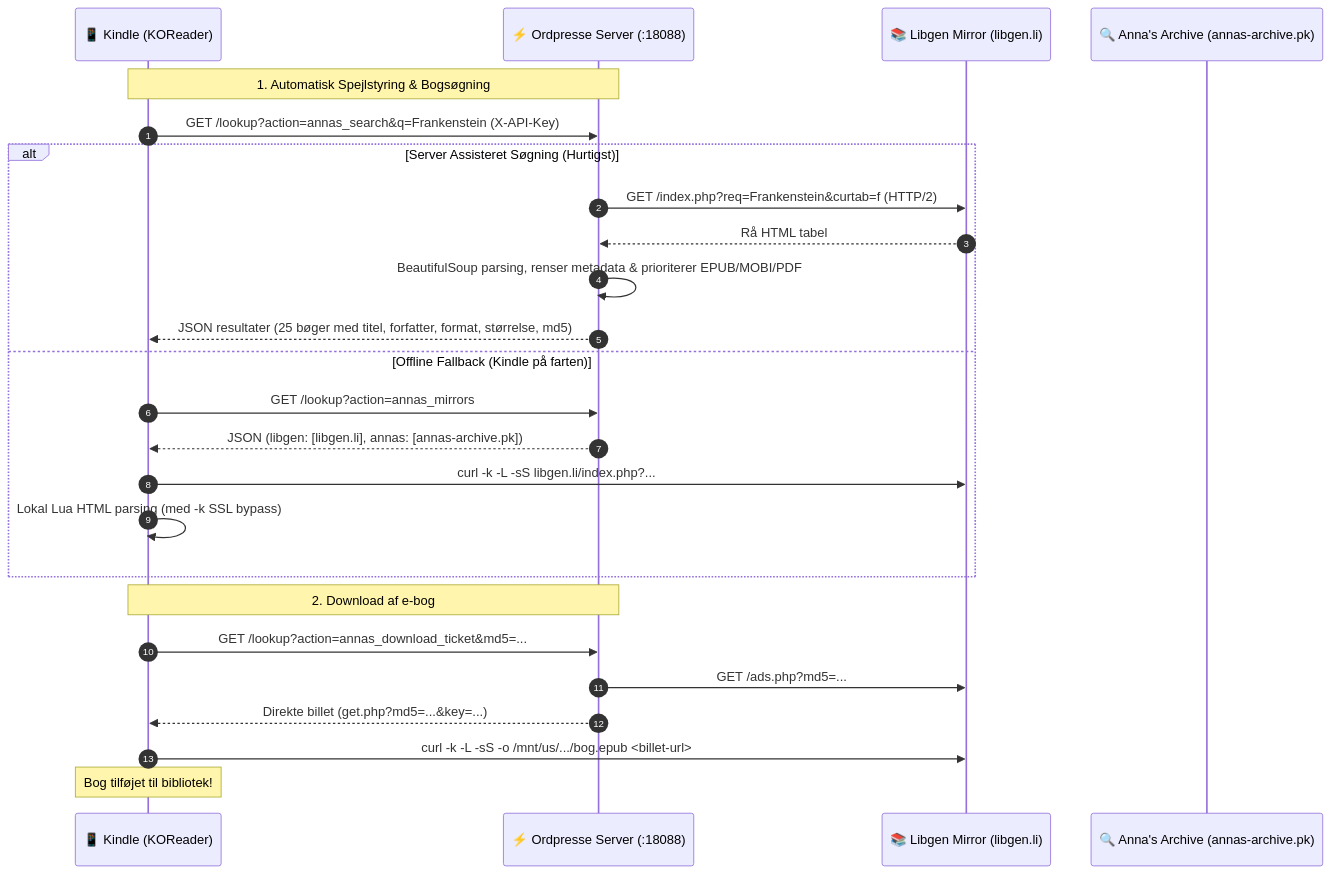
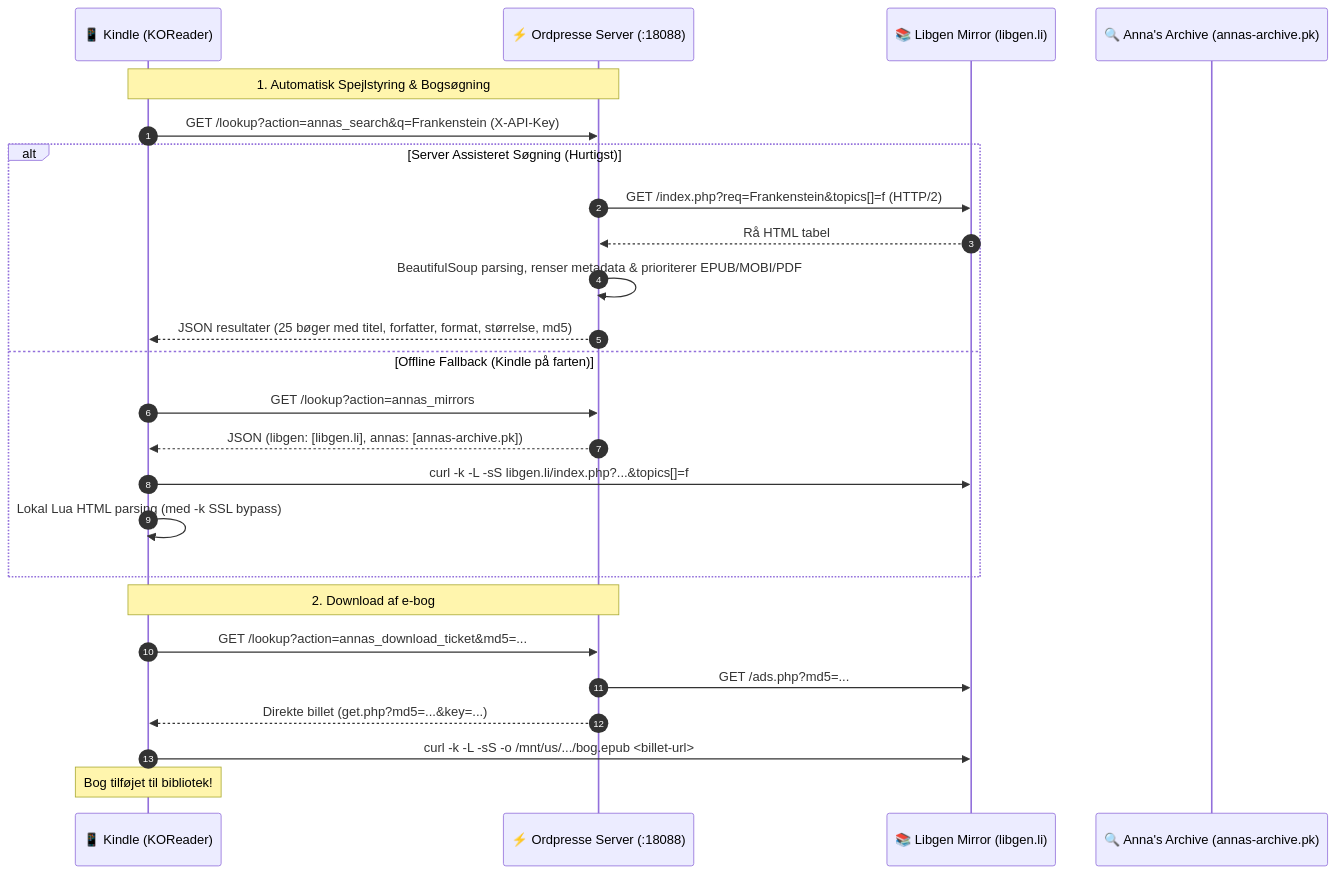
The second of 2 diagrams in README.md (massovercharge/ordpresse), drawn with Mermaid before and after one commit. The commit also changed other lines of this file and 5 other files, not shown here.

Commit message:
fix(annas): filter Libgen searches to fiction & books (topics=f/l) and bump to v1.2.2

````diff
--- a/README.md
+++ b/README.md
@@ -413,29 +414,29 @@
 ```mermaid
 sequenceDiagram
     autonumber
     participant K as 📱 Kindle (KOReader)
     participant O as ⚡ Ordpresse Server (:18088)
     participant L as 📚 Libgen Mirror (libgen.li)
     participant A as 🔍 Anna's Archive (annas-archive.pk)
 
     Note over K,O: 1. Automatisk Spejlstyring & Bogsøgning
     K->>O: GET /lookup?action=annas_search&q=Frankenstein (X-API-Key)
     alt Server Assisteret Søgning (Hurtigst)
-        O->>L: GET /index.php?req=Frankenstein&curtab=f (HTTP/2)
+        O->>L: GET /index.php?req=Frankenstein&topics[]=f (HTTP/2)
         L-->>O: Rå HTML tabel
         O->>O: BeautifulSoup parsing, renser metadata & prioriterer EPUB/MOBI/PDF
         O-->>K: JSON resultater (25 bøger med titel, forfatter, format, størrelse, md5)
     else Offline Fallback (Kindle på farten)
         K->>O: GET /lookup?action=annas_mirrors
         O-->>K: JSON (libgen: [libgen.li], annas: [annas-archive.pk])
-        K->>L: curl -k -L -sS libgen.li/index.php?...
+        K->>L: curl -k -L -sS libgen.li/index.php?...&topics[]=f
         K->>K: Lokal Lua HTML parsing (med -k SSL bypass)
     end
 
     Note over K,O: 2. Download af e-bog
     K->>O: GET /lookup?action=annas_download_ticket&md5=...
     O->>L: GET /ads.php?md5=...
     O-->>K: Direkte billet (get.php?md5=...&key=...)
     K->>L: curl -k -L -sS -o /mnt/us/.../bog.epub <billet-url>
     Note over K: Bog tilføjet til bibliotek!
 ```
````
